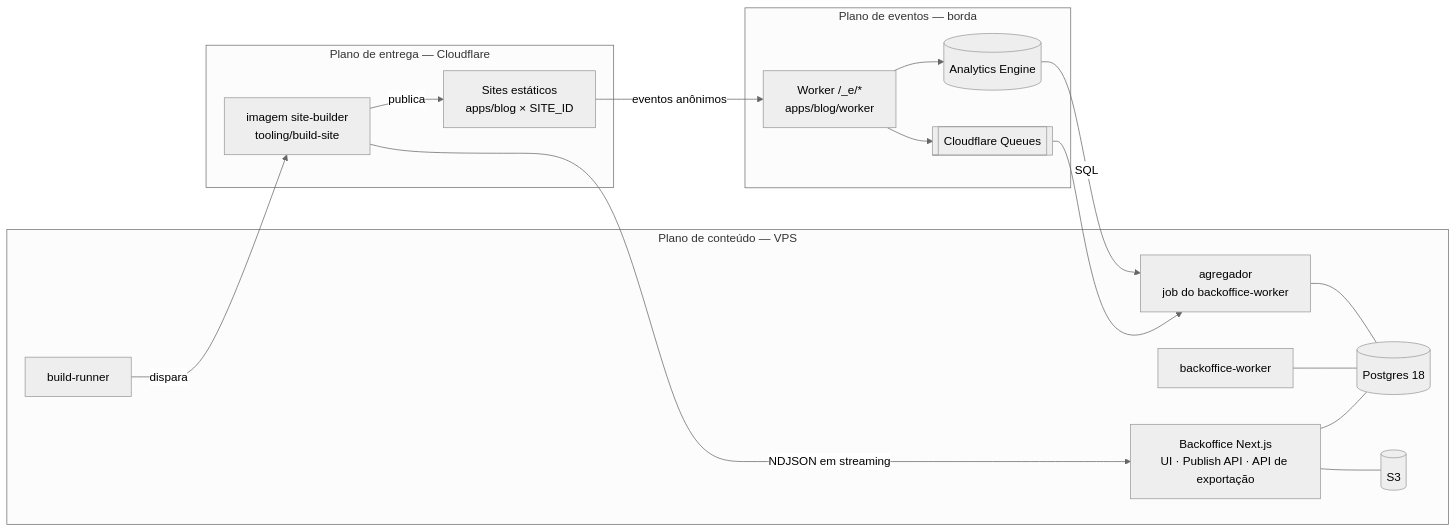
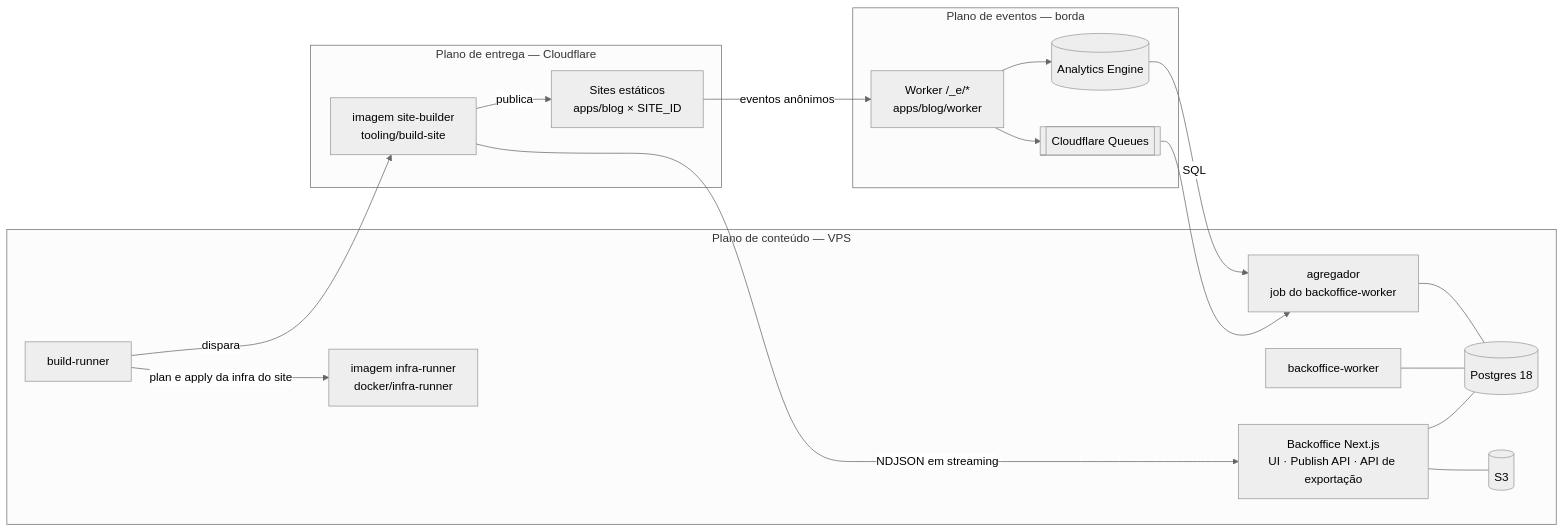
Before and after one commit to Orakel-AI-Content/platform: the diagram in docs/architecture/overview.md, drawn with Mermaid (neutral theme). The commit also changed other lines of this file and 4 other files, not shown here.

Commit message:
docs(infra): registra o infra-runner e o Crawler Hints pelo apply

````diff
--- a/docs/architecture/overview.md
+++ b/docs/architecture/overview.md
@@ -16,32 +16,34 @@
 ```mermaid
 flowchart LR
   subgraph Conteúdo [Plano de conteúdo — VPS]
     BO[Backoffice Next.js<br/>UI · Publish API · API de exportação]
     W[backoffice-worker]
     BR[build-runner]
+    IR[imagem infra-runner<br/>docker/infra-runner]
     AG[agregador<br/>job do backoffice-worker]
     PG[(Postgres 18)]
     S3[(S3)]
     BO --- PG
     W --- PG
     AG --- PG
     BO --- S3
   end
   subgraph Entrega [Plano de entrega — Cloudflare]
     SB[imagem site-builder<br/>tooling/build-site]
     SITE[Sites estáticos<br/>apps/blog × SITE_ID]
   end
   subgraph Eventos [Plano de eventos — borda]
     EW[Worker /_e/*<br/>apps/blog/worker]
     AE[(Analytics Engine)]
     Q[[Cloudflare Queues]]
   end
   BR -->|dispara| SB
+  BR -->|plan e apply da infra do site| IR
   SB -->|NDJSON em streaming| BO
   SB -->|publica| SITE
   SITE -->|eventos anônimos| EW
   EW --> AE
   EW --> Q
   Q --> AG
   AE -->|SQL| AG
 ```
````
